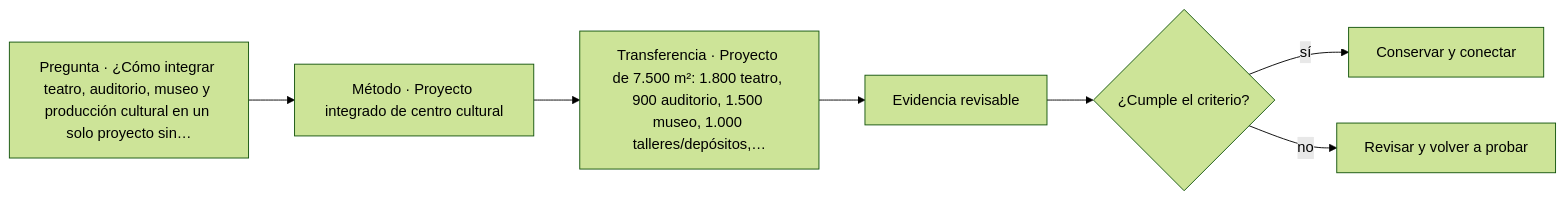
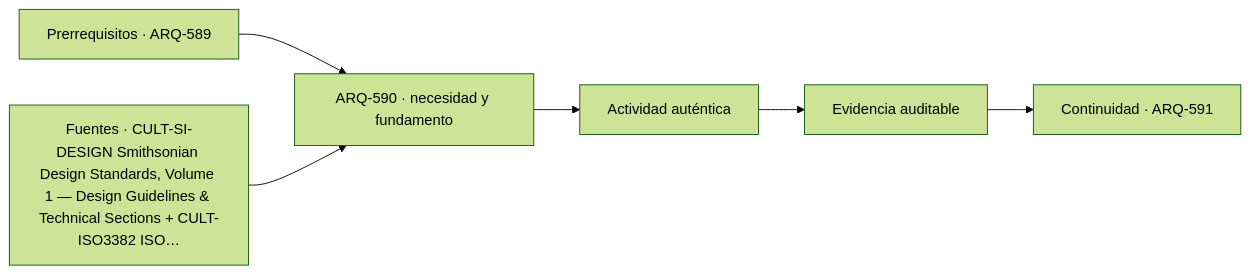
Before and after one commit to vladimiracunadev-create/architecture-built-environment-learning-program: the diagram in classes/parte-59/ARQ-590.md, drawn with Mermaid (forest theme). The commit also changed other lines of this file and 761 other files, not shown here.

````diff
--- a/classes/parte-59/ARQ-590.md
+++ b/classes/parte-59/ARQ-590.md
@@ -93,9 +105,8 @@
 ```mermaid
 flowchart LR
-    Q["Pregunta · ¿Cómo integrar teatro, auditorio, museo y producción cultural en un solo proyecto sin…"] --> M["Método · Proyecto integrado de centro cultural"]
-    M --> P["Transferencia · Proyecto de 7.500 m²: 1.800 teatro, 900 auditorio, 1.500 museo, 1.000 talleres/depósitos,…"]
-    P --> E["Evidencia revisable"]
-    E --> C{"¿Cumple el criterio?"}
-    C -->|sí| T["Conservar y conectar"]
-    C -->|no| R["Revisar y volver a probar"]
+    A["Prerrequisitos · ARQ-589"] --> B["ARQ-590 · necesidad y fundamento"]
+    S["Fuentes · CULT-SI-DESIGN Smithsonian Design Standards, Volume 1 — Design Guidelines & Technical Sections + CULT-ISO3382 ISO…"] --> B
+    B --> C["Actividad auténtica"]
+    C --> D["Evidencia auditable"]
+    D --> E["Continuidad · ARQ-591"]
 ```
````
